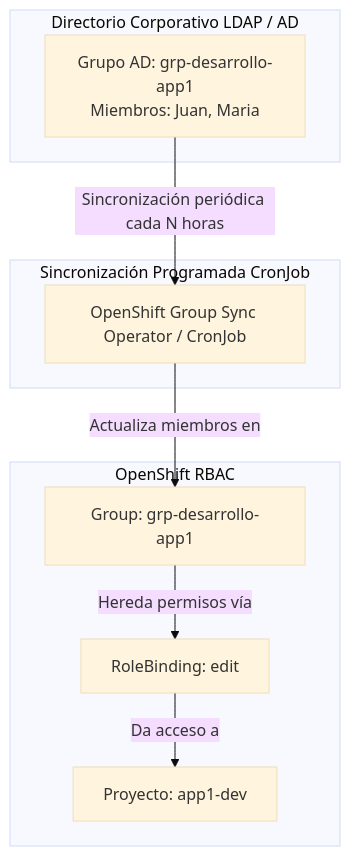
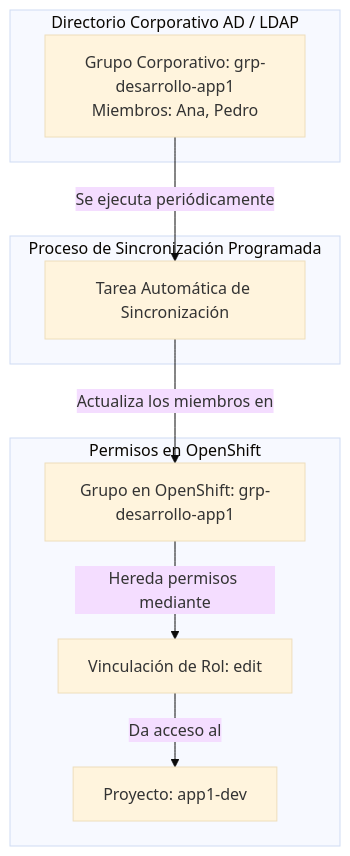
The seventh of 7 diagrams in docs/sesion4/4.1 Proyectos y permisos.md (ieftraining/curso-openshift), drawn with Mermaid (base theme) before and after one commit. The commit also changed other lines of this file, not shown here.

````diff
--- a/docs/sesion4/4.1 Proyectos y permisos.md
+++ b/docs/sesion4/4.1 Proyectos y permisos.md
@@ -282,21 +207,21 @@
 ```mermaid
 flowchart TD
-    subgraph Directorio Corporativo LDAP / AD
-        A[Grupo AD: grp-desarrollo-app1<br>Miembros: Juan, Maria]
+    subgraph Directorio Corporativo AD / LDAP
+        A[Grupo Corporativo: grp-desarrollo-app1<br>Miembros: Ana, Pedro]
     end
 
-    subgraph Sincronización Programada CronJob
-        B[OpenShift Group Sync Operator / CronJob]
+    subgraph Proceso de Sincronización Programada
+        B[Tarea Automática de Sincronización]
     end
 
-    subgraph OpenShift RBAC
-        C[Group: grp-desarrollo-app1]
-        D[RoleBinding: edit]
+    subgraph Permisos en OpenShift
+        C[Grupo en OpenShift: grp-desarrollo-app1]
+        D[Vinculación de Rol: edit]
         E[Proyecto: app1-dev]
     end
 
-    A -->|Sincronización periódica cada N horas| B
-    B -->|Actualiza miembros en| C
-    C -->|Hereda permisos vía| D
-    D -->|Da acceso a| E
+    A -->|Se ejecuta periódicamente| B
+    B -->|Actualiza los miembros en| C
+    C -->|Hereda permisos mediante| D
+    D -->|Da acceso al| E
 ```
````
